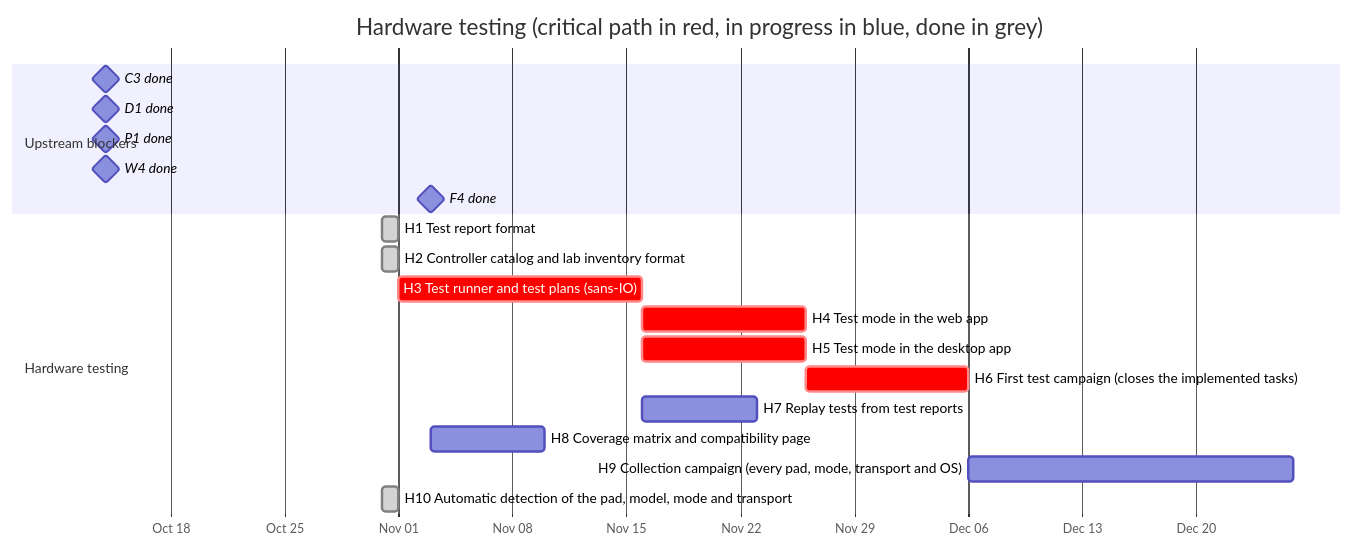
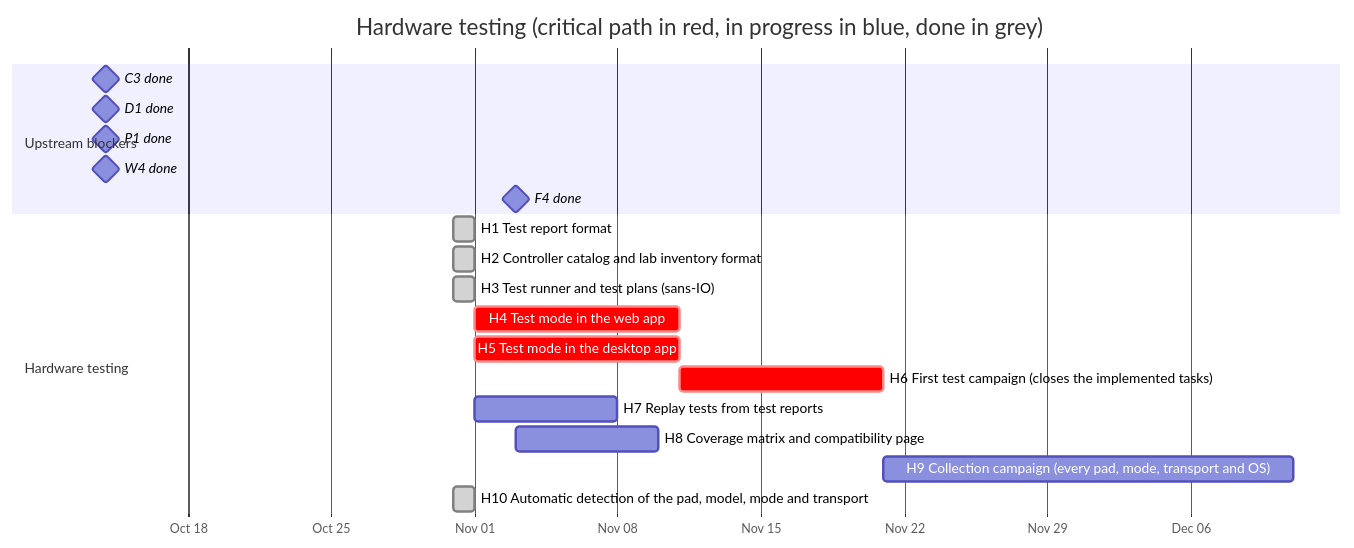
One commit to anygamepad/anygamepad.github.io changed the diagram in ROADMAP/2026-10-31/06-hardware-testing.md. Above: the diagram before and after it, drawn with Mermaid. The commit also changed other lines of this file and 26 other files, not shown here.

````diff
--- a/ROADMAP/2026-10-31/06-hardware-testing.md
+++ b/ROADMAP/2026-10-31/06-hardware-testing.md
@@ -197,23 +197,23 @@
 ```mermaid
 gantt
     dateFormat YYYY-MM-DD
     axisFormat %b %d
     title Hardware testing (critical path in red, in progress in blue, done in grey)
     section Upstream blockers
     C3 done :milestone, c3, 2026-10-14, 0d
     D1 done :milestone, d1, 2026-10-14, 0d
     P1 done :milestone, p1, 2026-10-14, 0d
     W4 done :milestone, w4, 2026-10-14, 0d
     F4 done :milestone, f4, 2026-11-03, 0d
     section Hardware testing
     H1 Test report format :done, h1, 2026-10-31, 1d
     H2 Controller catalog and lab inventory format :done, h2, 2026-10-31, 1d
-    H3 Test runner and test plans (sans-IO) :crit, h3, after h1 h2 c3 w4, 15d
+    H3 Test runner and test plans (sans-IO) :done, h3, 2026-10-31, 1d
     H4 Test mode in the web app :crit, h4, after h3 h10, 10d
     H5 Test mode in the desktop app :crit, h5, after h3 h10, 10d
     H6 First test campaign (closes the implemented tasks) :crit, h6, after h4 h5 f4, 10d
     H7 Replay tests from test reports :h7, after h3, 7d
     H8 Coverage matrix and compatibility page :h8, after h1 f4, 7d
     H9 Collection campaign (every pad, mode, transport and OS) :h9, after h6, 20d
     H10 Automatic detection of the pad, model, mode and transport :done, h10, 2026-10-31, 1d
 ```
````
